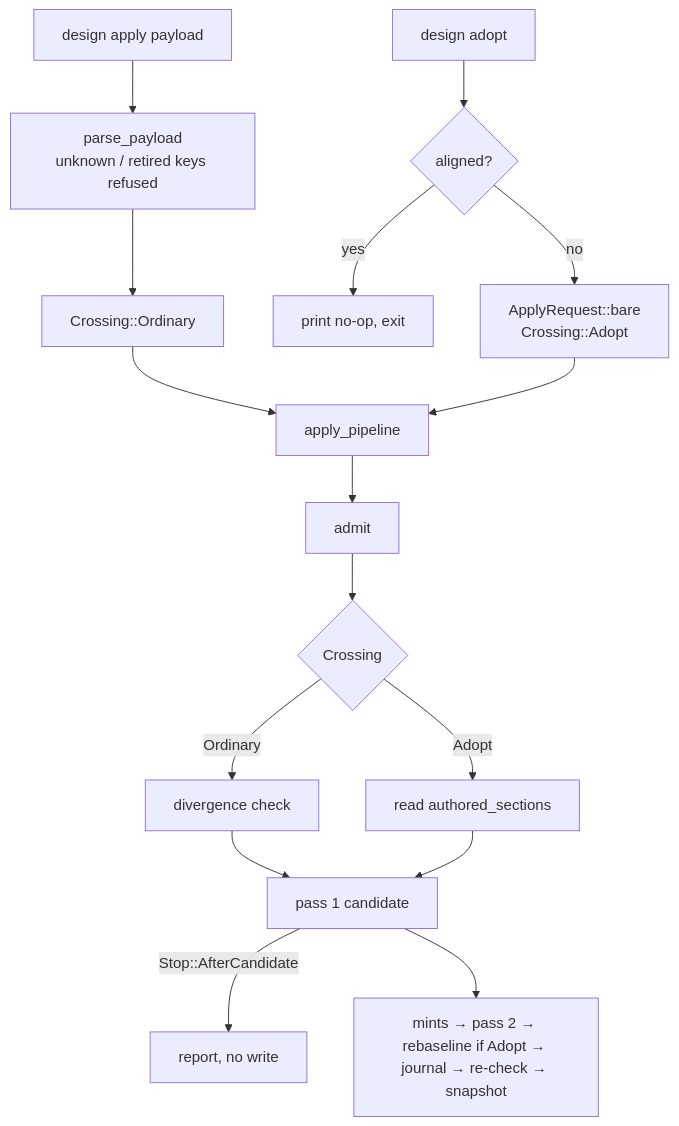
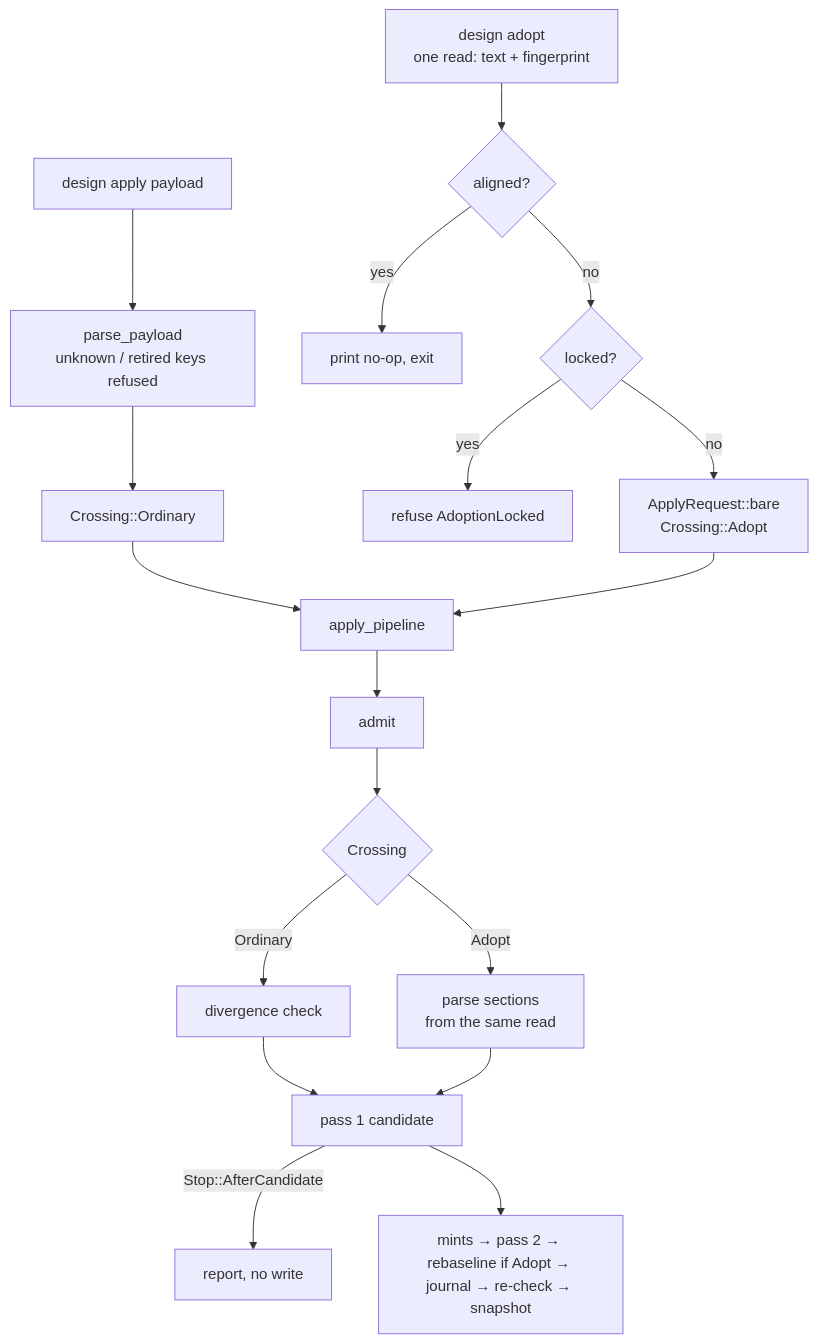
One commit to davidlee/doctrine changed the second of 2 diagrams in .doctrine/slice/261/design.md. Above: the diagram before and after it, drawn with Mermaid. The commit also changed other lines of this file and 2 other files, not shown here.

First line of the commit message:
design(SL-261): integrate RV-374 F-1..F-5

````diff
--- a/.doctrine/slice/261/design.md
+++ b/.doctrine/slice/261/design.md
@@ -211,18 +227,20 @@
 ```mermaid
 flowchart TD
   W[design apply payload] --> P[parse_payload<br/>unknown / retired keys refused]
   P --> O[Crossing::Ordinary]
-  V[design adopt] --> A{aligned?}
+  V[design adopt<br/>one read: text + fingerprint] --> A{aligned?}
   A -- yes --> N[print no-op, exit]
-  A -- no --> B[ApplyRequest::bare<br/>Crossing::Adopt]
+  A -- no --> L{locked?}
+  L -- yes --> LR[refuse AdoptionLocked]
+  L -- no --> B[ApplyRequest::bare<br/>Crossing::Adopt]
   O --> PL[apply_pipeline]
   B --> PL
   PL --> AD[admit]
   AD --> DV{Crossing}
   DV -- Ordinary --> DC[divergence check]
-  DV -- Adopt --> AS[read authored_sections]
+  DV -- Adopt --> AS[parse sections<br/>from the same read]
   DC --> P1[pass 1 candidate]
   AS --> P1
   P1 -- Stop::AfterCandidate --> R[report, no write]
   P1 --> M[mints → pass 2 → rebaseline if Adopt → journal → re-check → snapshot]
 ```
````
